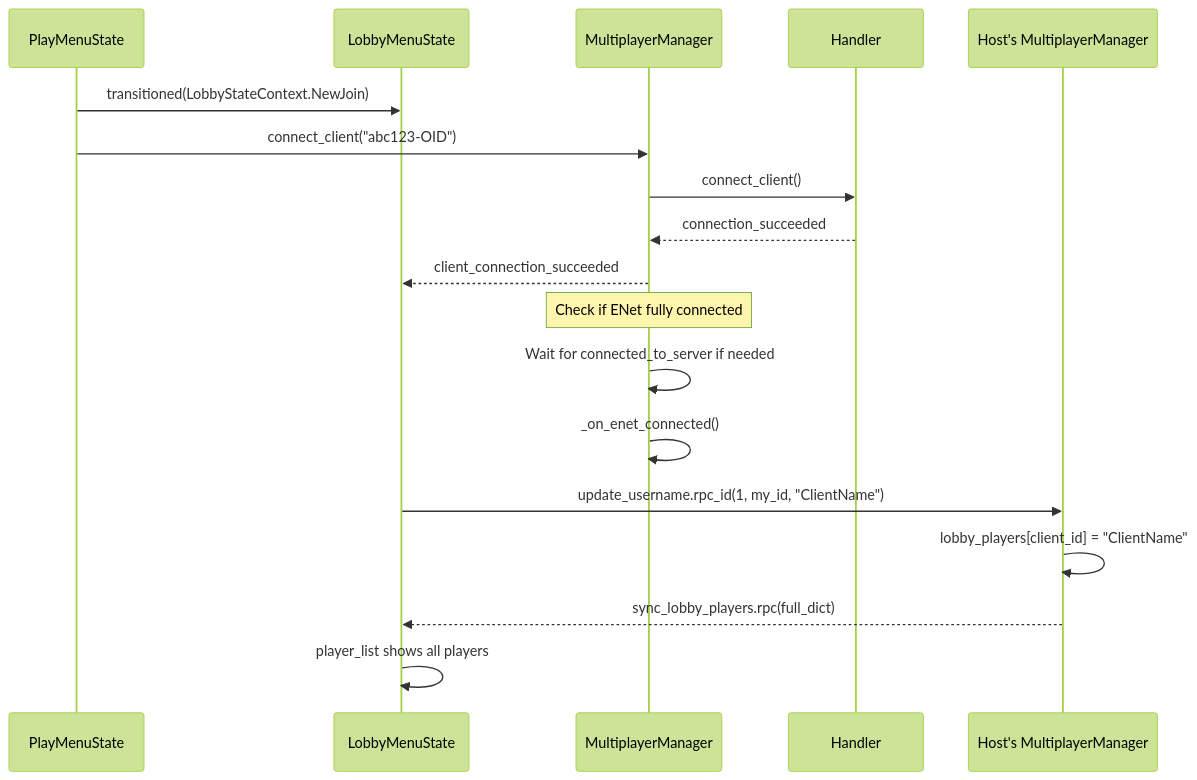
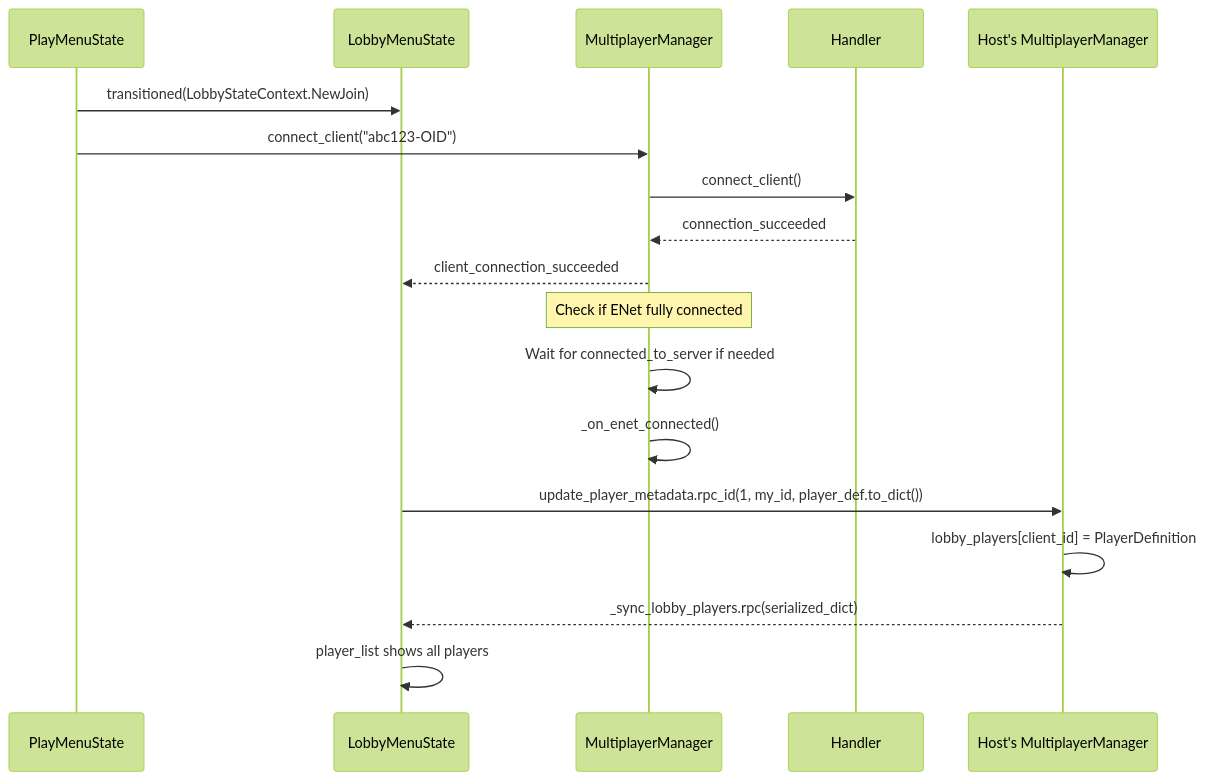
Before and after one commit to ssebs/DankNooner: the third of 13 diagrams in v2/planning_docs/LobbyGameFlowMP.md, drawn with Mermaid (forest theme). The commit also changed other lines of this file and 7 other files, not shown here.

````diff
--- a/v2/planning_docs/LobbyGameFlowMP.md
+++ b/v2/planning_docs/LobbyGameFlowMP.md
@@ -69,23 +69,23 @@
 ```mermaid
 sequenceDiagram
     participant Play as PlayMenuState
     participant Lobby as LobbyMenuState
     participant MM as MultiplayerManager
     participant Handler as Handler
     participant HostMM as Host's MultiplayerManager
 
     Play->>Lobby: transitioned(LobbyStateContext.NewJoin)
     Play->>MM: connect_client("abc123-OID")
     MM->>Handler: connect_client()
     Handler-->>MM: connection_succeeded
     MM-->>Lobby: client_connection_succeeded
 
     Note over MM: Check if ENet fully connected
     MM->>MM: Wait for connected_to_server if needed
     MM->>MM: _on_enet_connected()
 
-    Lobby->>HostMM: update_username.rpc_id(1, my_id, "ClientName")
-    HostMM->>HostMM: lobby_players[client_id] = "ClientName"
-    HostMM-->>Lobby: sync_lobby_players.rpc(full_dict)
+    Lobby->>HostMM: update_player_metadata.rpc_id(1, my_id, player_def.to_dict())
+    HostMM->>HostMM: lobby_players[client_id] = PlayerDefinition
+    HostMM-->>Lobby: _sync_lobby_players.rpc(serialized_dict)
     Lobby->>Lobby: player_list shows all players
 ```
````
